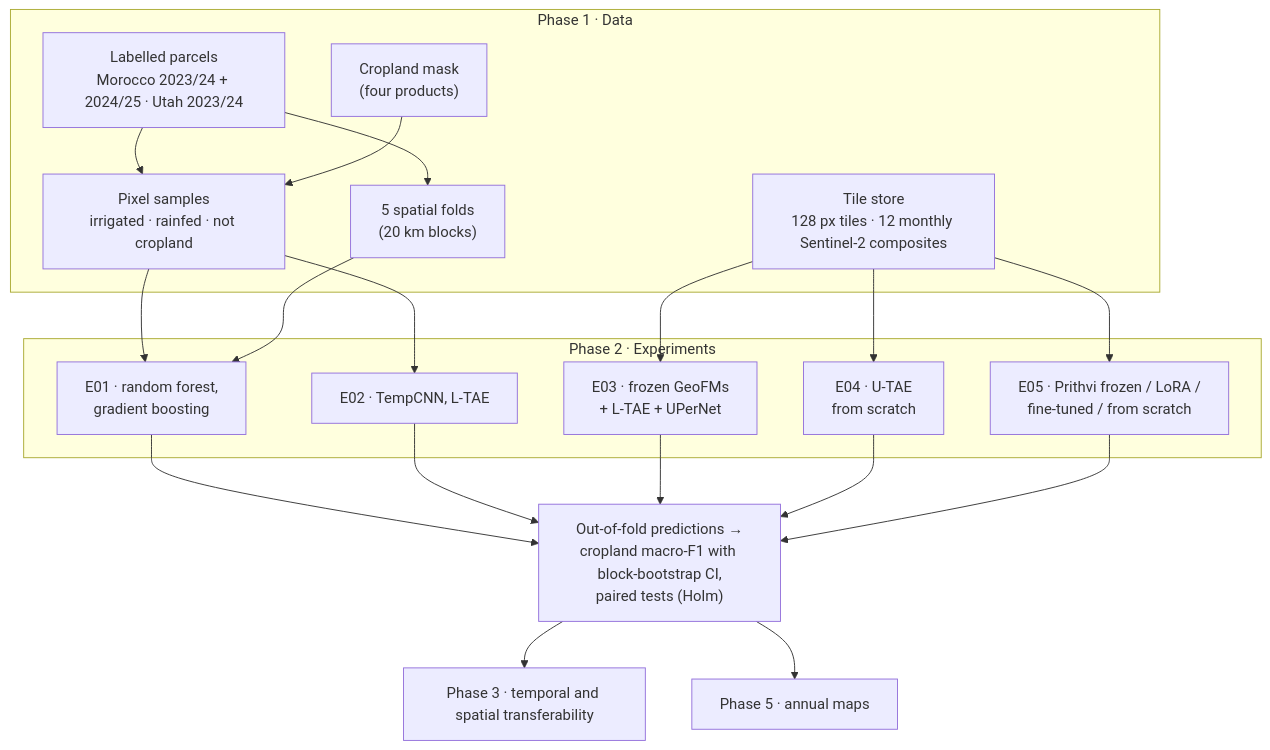
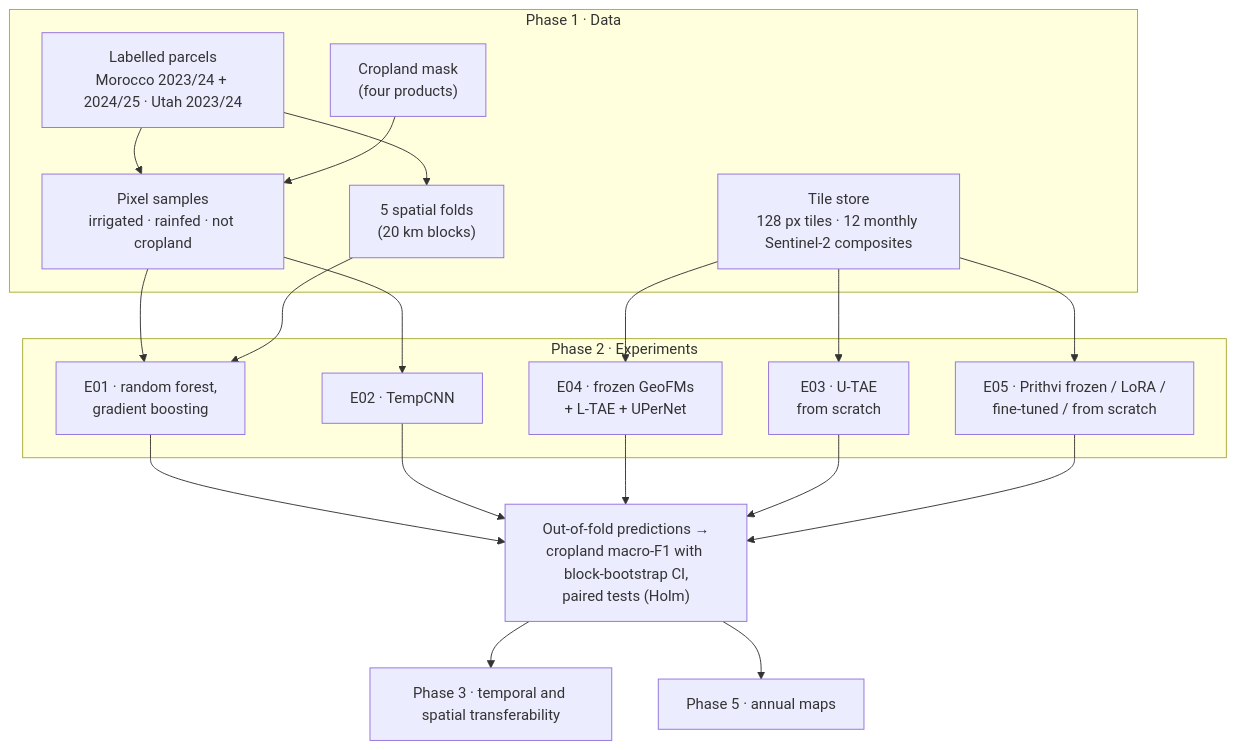
Before and after one commit to amanchry/irrimapping-geofm: the diagram in docs/phase2_models/overview.md, drawn with Mermaid. The commit also changed 123 other files, not shown here.

Commit message:
Renumber E03 U-TAE / E04 frozen GeoFM; comparison page, E05 updates Week 2026-W47: results table and next steps

````diff
--- a/docs/phase2_models/overview.md
+++ b/docs/phase2_models/overview.md
@@ -15,33 +15,33 @@
 ```mermaid
 flowchart TD
     subgraph P1["Phase 1 · Data"]
         L["Labelled parcels<br/>Morocco 2023/24 + 2024/25 · Utah 2023/24"]
         M["Cropland mask<br/>(four products)"]
         S["Pixel samples<br/>irrigated · rainfed · not cropland"]
         T["Tile store<br/>128 px tiles · 12 monthly Sentinel-2 composites"]
         F["5 spatial folds<br/>(20 km blocks)"]
         L --> S
         M --> S
         L --> F
     end
     subgraph P2["Phase 2 · Experiments"]
         E1["E01 · random forest,<br/>gradient boosting"]
-        E2["E02 · TempCNN, L-TAE"]
-        E3["E03 · frozen GeoFMs<br/>+ L-TAE + UPerNet"]
-        E4["E04 · U-TAE<br/>from scratch"]
+        E2["E02 · TempCNN"]
+        E3["E04 · frozen GeoFMs<br/>+ L-TAE + UPerNet"]
+        E4["E03 · U-TAE<br/>from scratch"]
         E5["E05 · Prithvi frozen / LoRA /<br/>fine-tuned / from scratch"]
     end
     S --> E1
     S --> E2
     T --> E3
     T --> E4
     T --> E5
     F --> E1
     E1 --> R["Out-of-fold predictions →<br/>cropland macro-F1 with block-bootstrap CI,<br/>paired tests (Holm)"]
     E2 --> R
     E3 --> R
     E4 --> R
     E5 --> R
     R --> P3["Phase 3 · temporal and spatial transferability"]
     R --> P5["Phase 5 · annual maps"]
 ```
````
